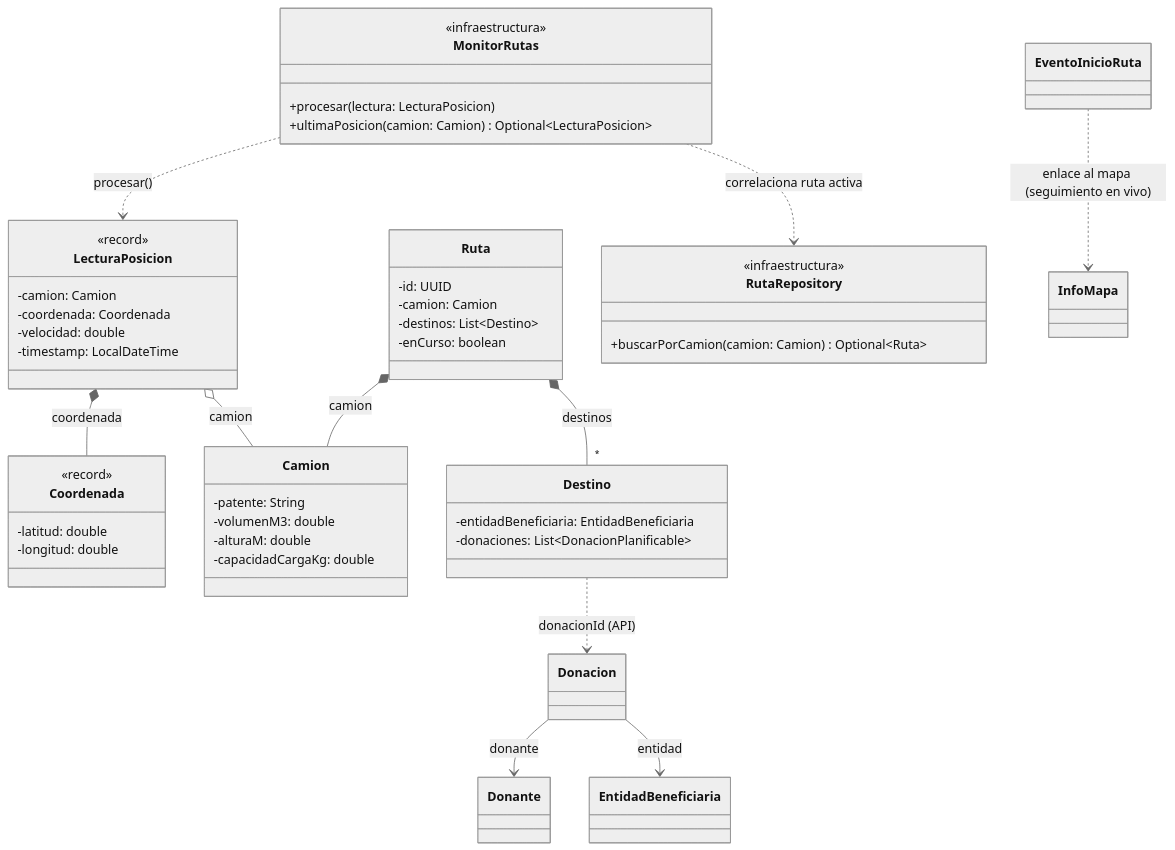
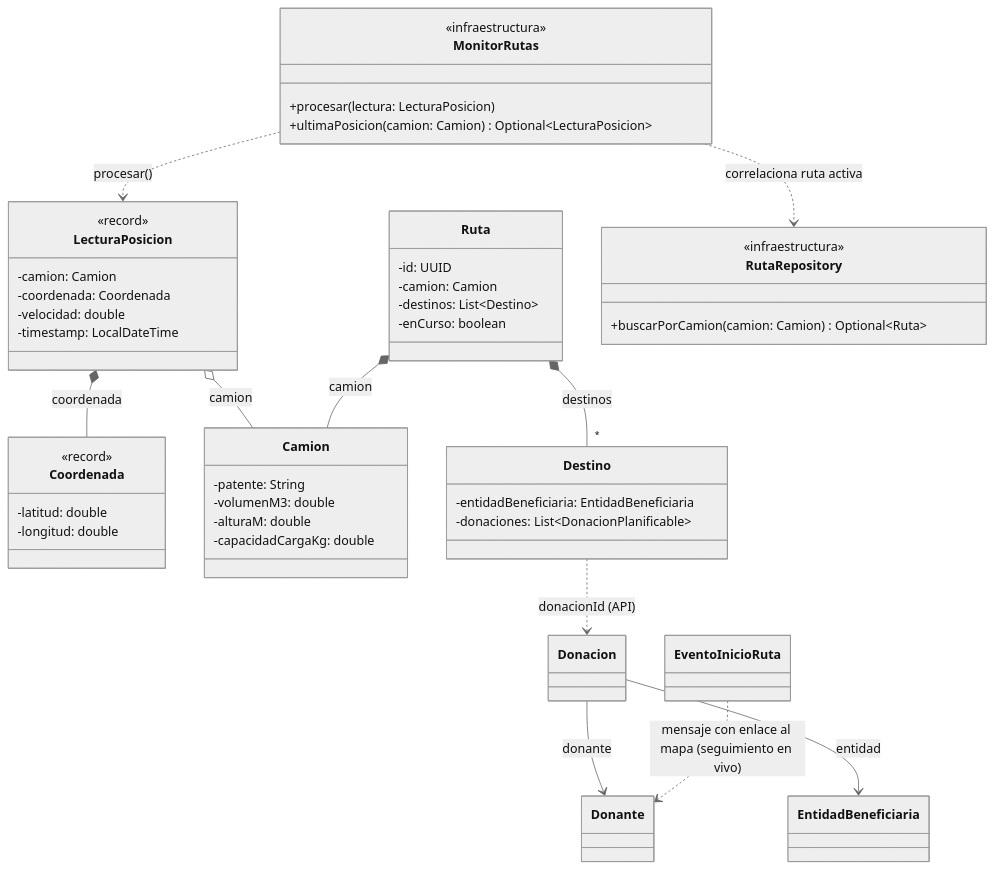
Before and after one commit to eonishi/tp-dds-2026-donatrack: the diagram in docs/diagramas-por-requerimiento/e2-req7-monitoreo-tiempo-real.mermaid, drawn with Mermaid (neutral theme). The commit also changed 38 other files, not shown here.

```diff
--- a/docs/diagramas-por-requerimiento/e2-req7-monitoreo-tiempo-real.mermaid
+++ b/docs/diagramas-por-requerimiento/e2-req7-monitoreo-tiempo-real.mermaid
@@ -1,64 +1,63 @@
 %% ============================================================================
 %% ENTREGA 2 — Requerimiento 7
 %% "El sistema debe mostrar en tiempo real tanto a la persona donante como a la
 %%  entidad beneficiaria de la donación la localización de los camiones."
 %% Lectura de posición del camión (GPS/app) procesada y correlacionada con la
 %% ruta activa; el inicio de ruta notifica con enlace al mapa.
 %% Fragmento mínimo del dominio involucrado (incluye infraestructura).
 %% ============================================================================
 classDiagram
     direction TB
 
     class MonitorRutas {
         <<infraestructura>>
         +procesar(lectura: LecturaPosicion)
         +ultimaPosicion(camion: Camion) Optional~LecturaPosicion~
     }
     class LecturaPosicion {
         <<record>>
         -camion: Camion
         -coordenada: Coordenada
         -velocidad: double
         -timestamp: LocalDateTime
     }
     class Coordenada {
         <<record>>
         -latitud: double
         -longitud: double
     }
     class Camion {
         -patente: String
         -volumenM3: double
         -alturaM: double
         -capacidadCargaKg: double
     }
     class Ruta {
         -id: UUID
         -camion: Camion
         -destinos: List~Destino~
         -enCurso: boolean
     }
     class Destino {
         -entidadBeneficiaria: EntidadBeneficiaria
         -donaciones: List~DonacionPlanificable~
     }
     class Donacion
     class Donante
     class EntidadBeneficiaria
     class RutaRepository {
         <<infraestructura>>
         +buscarPorCamion(camion: Camion) Optional~Ruta~
     }
     class EventoInicioRuta
-    class InfoMapa
 
     MonitorRutas ..> LecturaPosicion : procesar()
     LecturaPosicion o-- Camion : camion
     LecturaPosicion *-- Coordenada : coordenada
     MonitorRutas ..> RutaRepository : correlaciona ruta activa
     Ruta *-- Camion : camion
     Ruta *-- "*" Destino : destinos
     Destino ..> Donacion : donacionId (API)
     Donacion --> Donante : donante
     Donacion --> EntidadBeneficiaria : entidad
-    EventoInicioRuta ..> InfoMapa : enlace al mapa (seguimiento en vivo)
+    EventoInicioRuta ..> Donante : mensaje con enlace al mapa (seguimiento en vivo)
```
